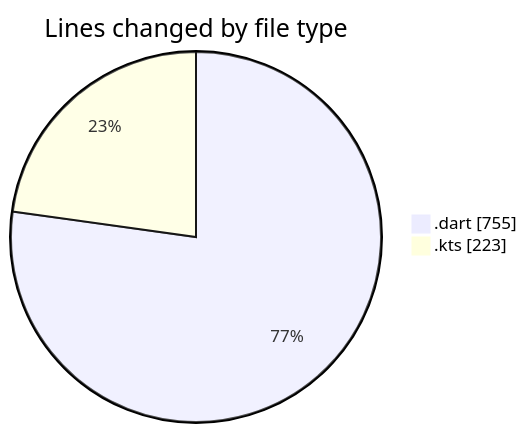
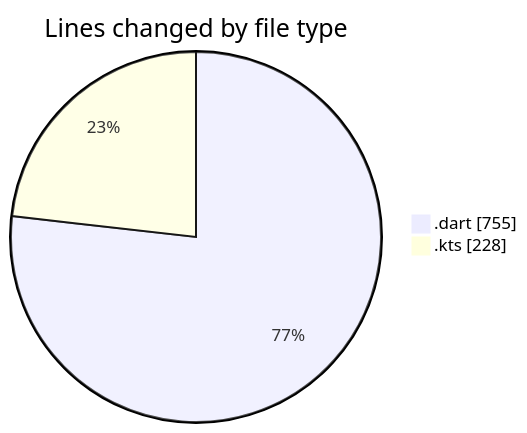
One commit to donsfak/code-tracking changed the first of 2 diagrams in 2025-02-24/drivers_app/README.md. Above: the diagram before and after it, drawn with Mermaid. The commit also changed other lines of this file and 1 other file, not shown here.

````diff
--- a/2025-02-24/drivers_app/README.md
+++ b/2025-02-24/drivers_app/README.md
@@ -25,6 +25,6 @@
 ```mermaid
 pie showData
 title Lines changed by file type
 ".dart" : 755
-".kts" : 223
+".kts" : 228
 ```
````
